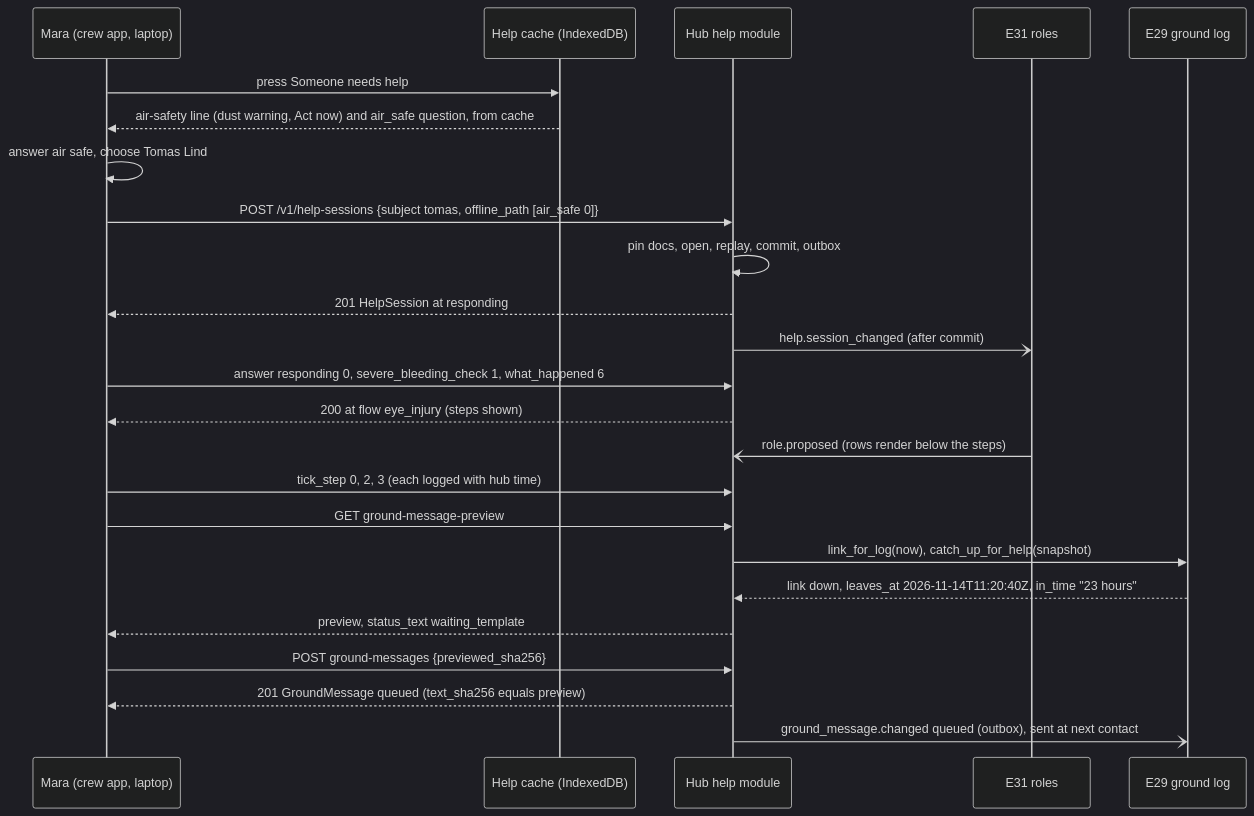
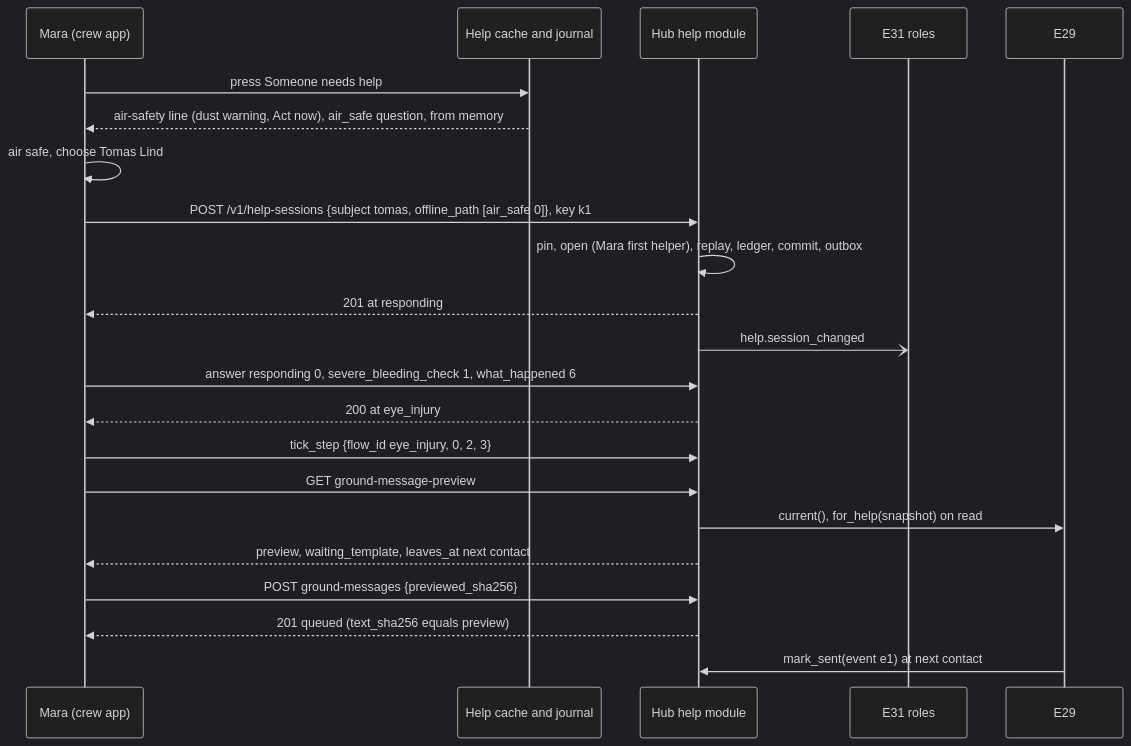
The first of 2 diagrams in docs/tdd/E26.md (joaquingit1/vitales-health), drawn with Mermaid (dark theme) before and after one commit. The commit also changed other lines of this file and 528 other files, not shown here.

First line of the commit message:
Shared architecture, revised designs and the product package in the repo

````diff
--- a/docs/tdd/E26.md
+++ b/docs/tdd/E26.md
@@ -361,26 +536,24 @@
 ```mermaid
 sequenceDiagram
-    participant M as Mara (crew app, laptop)
-    participant C as Help cache (IndexedDB)
+    participant M as Mara (crew app)
+    participant C as Help cache and journal
     participant H as Hub help module
     participant R as E31 roles
-    participant G as E29 ground log
+    participant G as E29
     M->>C: press Someone needs help
-    C-->>M: air-safety line (dust warning, Act now) and air_safe question, from cache
-    M->>M: answer air safe, choose Tomas Lind
-    M->>H: POST /v1/help-sessions {subject tomas, offline_path [air_safe 0]}
-    H->>H: pin docs, open, replay, commit, outbox
-    H-->>M: 201 HelpSession at responding
-    H-)R: help.session_changed (after commit)
+    C-->>M: air-safety line (dust warning, Act now), air_safe question, from memory
+    M->>M: air safe, choose Tomas Lind
+    M->>H: POST /v1/help-sessions {subject tomas, offline_path [air_safe 0]}, key k1
+    H->>H: pin, open (Mara first helper), replay, ledger, commit, outbox
+    H-->>M: 201 at responding
+    H-)R: help.session_changed
     M->>H: answer responding 0, severe_bleeding_check 1, what_happened 6
-    H-->>M: 200 at flow eye_injury (steps shown)
-    R-)H: role.proposed (rows render below the steps)
-    M->>H: tick_step 0, 2, 3 (each logged with hub time)
+    H-->>M: 200 at eye_injury
+    M->>H: tick_step {flow_id eye_injury, 0, 2, 3}
     M->>H: GET ground-message-preview
-    H->>G: link_for_log(now), catch_up_for_help(snapshot)
-    G-->>H: link down, leaves_at 2026-11-14T11:20:40Z, in_time "23 hours"
-    H-->>M: preview, status_text waiting_template
+    H->>G: current(), for_help(snapshot) on read
+    H-->>M: preview, waiting_template, leaves_at next contact
     M->>H: POST ground-messages {previewed_sha256}
-    H-->>M: 201 GroundMessage queued (text_sha256 equals preview)
-    H-)G: ground_message.changed queued (outbox), sent at next contact
+    H-->>M: 201 queued (text_sha256 equals preview)
+    G->>H: mark_sent(event e1) at next contact
 ```
````
